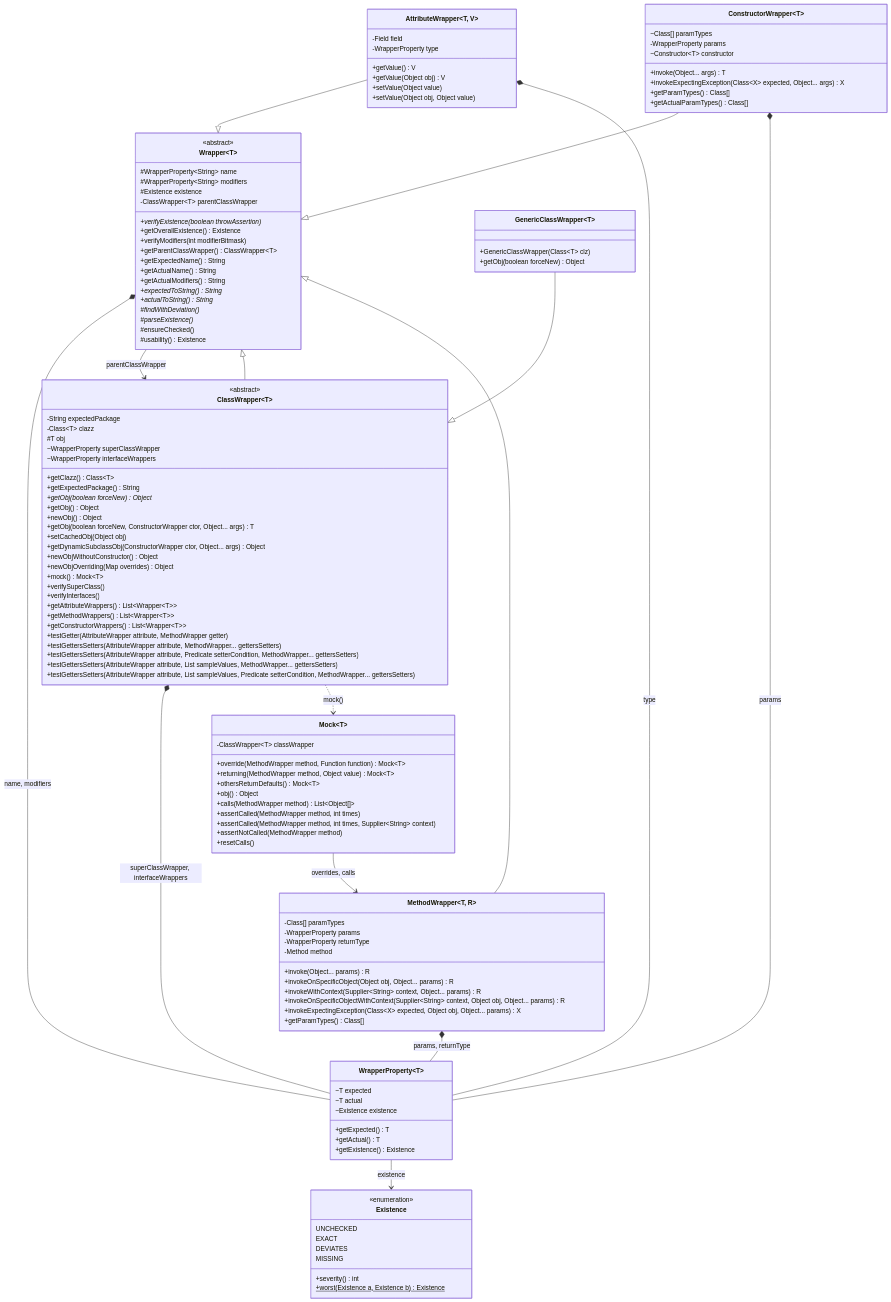
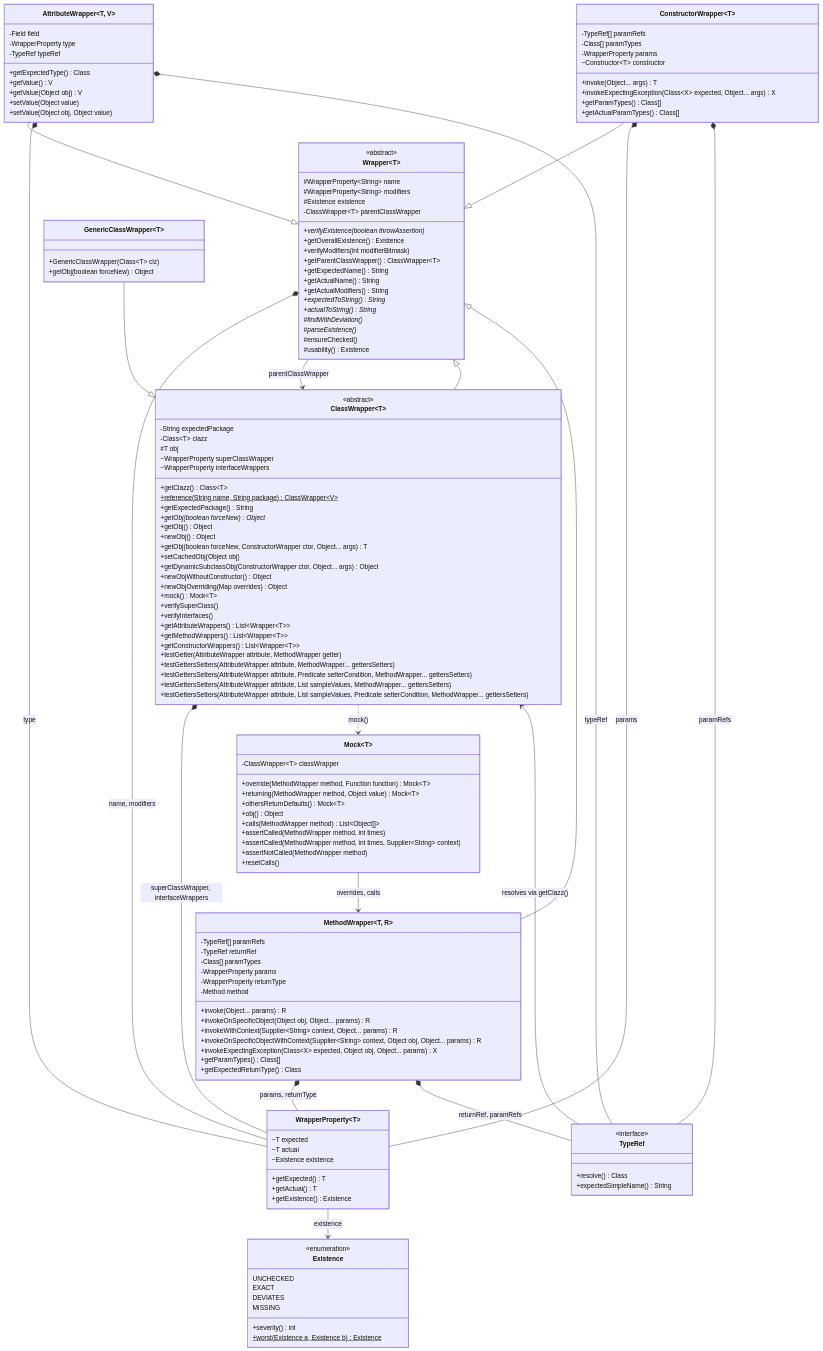
The second of 4 diagrams in docs/architecture.md (ValentinHerrmann/Levenshtein-Testing-Framework), drawn with Mermaid before and after one commit. The commit also changed other lines of this file and 3 other files, not shown here.

```diff
--- a/docs/architecture.md
+++ b/docs/architecture.md
@@ -124,6 +127,7 @@
         ~WrapperProperty superClassWrapper
         ~WrapperProperty interfaceWrappers
         +getClazz() Class~T~
+        +reference(String name, String package)$ ClassWrapper~V~
         +getExpectedPackage() String
         +getObj(boolean forceNew)* Object
         +getObj() Object
@@ -152,12 +156,16 @@
     class AttributeWrapper["AttributeWrapper&lt;T, V&gt;"] {
         -Field field
         -WrapperProperty type
+        -TypeRef typeRef
+        +getExpectedType() Class
         +getValue() V
         +getValue(Object obj) V
         +setValue(Object value)
         +setValue(Object obj, Object value)
     }
     class MethodWrapper["MethodWrapper&lt;T, R&gt;"] {
+        -TypeRef[] paramRefs
+        -TypeRef returnRef
         -Class[] paramTypes
         -WrapperProperty params
         -WrapperProperty returnType
@@ -168,9 +176,11 @@
         +invokeOnSpecificObjectWithContext(Supplier~String~ context, Object obj, Object... params) R
         +invokeExpectingException(Class~X~ expected, Object obj, Object... params) X
         +getParamTypes() Class[]
+        +getExpectedReturnType() Class
     }
     class ConstructorWrapper~T~ {
-        ~Class[] paramTypes
+        -TypeRef[] paramRefs
+        -Class[] paramTypes
         -WrapperProperty params
         ~Constructor~T~ constructor
         +invoke(Object... args) T
@@ -189,6 +199,11 @@
         +assertCalled(MethodWrapper method, int times, Supplier~String~ context)
         +assertNotCalled(MethodWrapper method)
         +resetCalls()
+    }
+    class TypeRef {
+        <<interface>>
+        +resolve() Class
+        +expectedSimpleName() String
     }
     class WrapperProperty~T~ {
         ~T expected
@@ -219,6 +234,10 @@
     AttributeWrapper *-- WrapperProperty : type
     MethodWrapper *-- WrapperProperty : params, returnType
     ConstructorWrapper *-- WrapperProperty : params
+    AttributeWrapper *-- TypeRef : typeRef
+    MethodWrapper *-- TypeRef : returnRef, paramRefs
+    ConstructorWrapper *-- TypeRef : paramRefs
+    TypeRef --> ClassWrapper : resolves via getClazz()
     WrapperProperty --> Existence : existence
     ClassWrapper ..> Mock : mock()
     Mock --> MethodWrapper : overrides, calls
```
